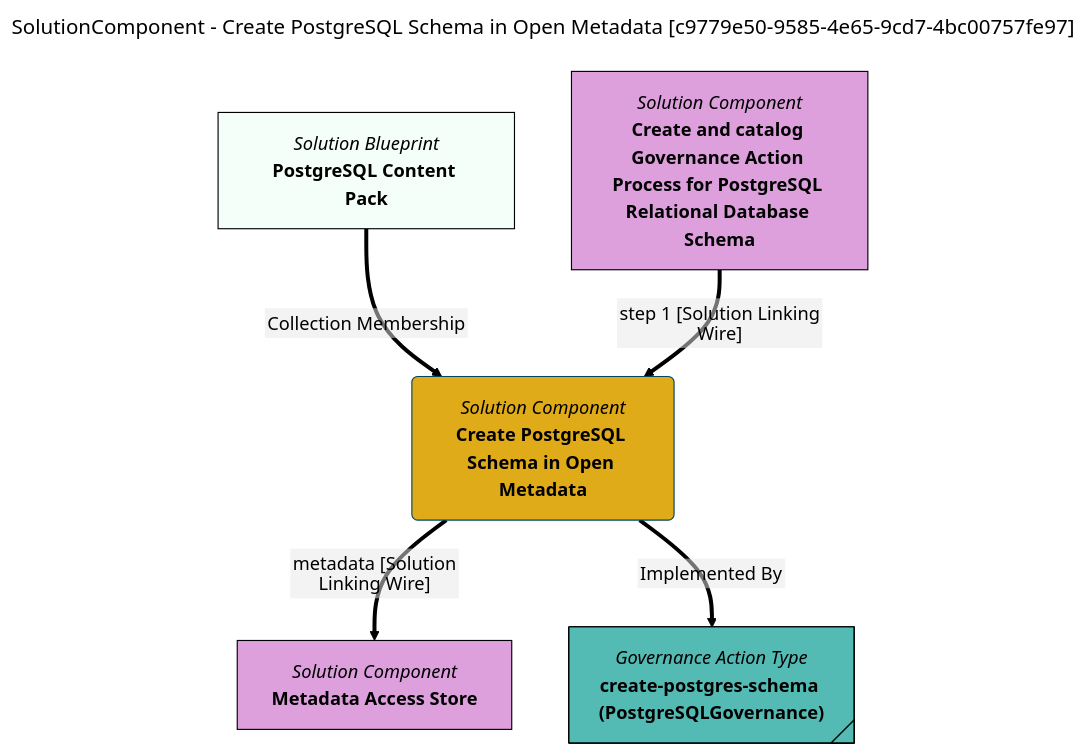
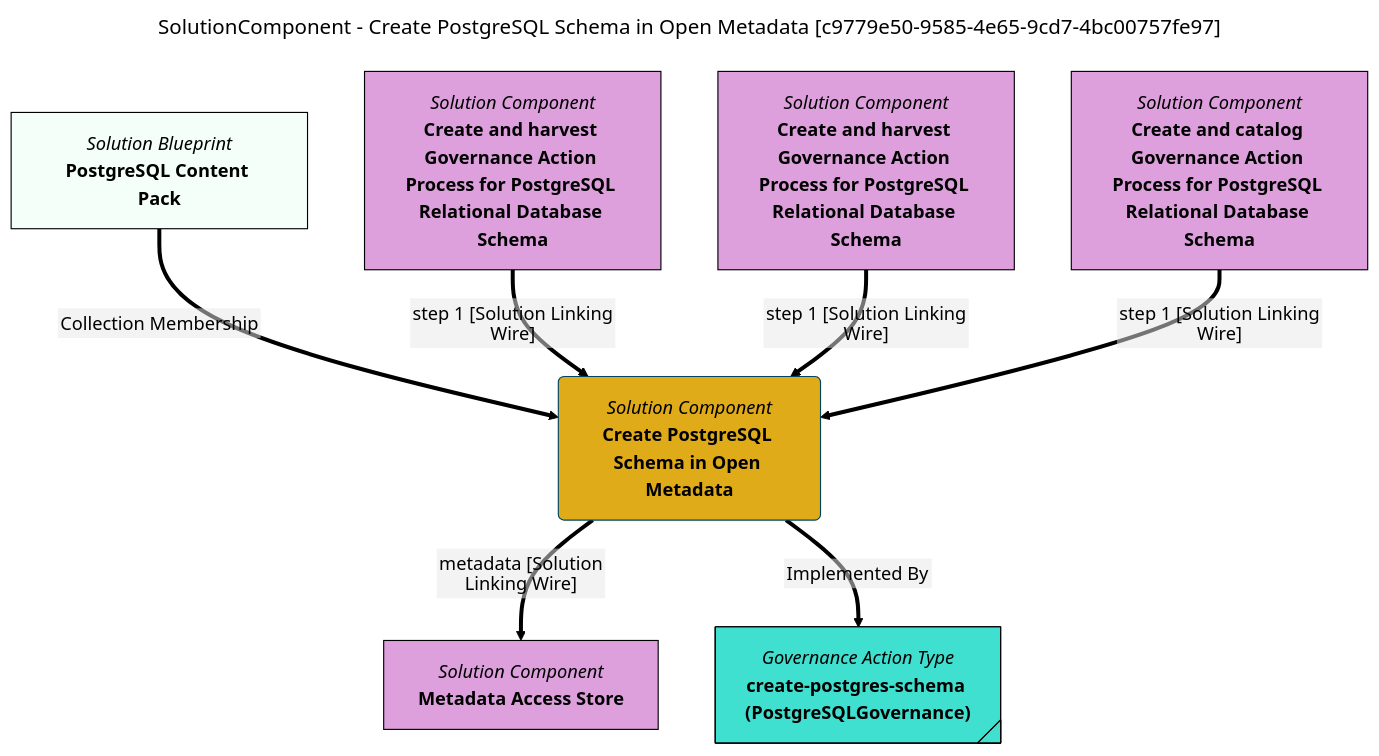
One commit to odpi/egeria-docs changed the diagram in site/snippets/blueprints/components/create-postgres-schema-mermaid-graph.md. Above: the diagram before and after it, drawn with Mermaid (forest theme). The commit also changed 2201 other files, not shown here.

````diff
--- a/site/snippets/blueprints/components/create-postgres-schema-mermaid-graph.md
+++ b/site/snippets/blueprints/components/create-postgres-schema-mermaid-graph.md
@@ -1,30 +1,38 @@
 ```mermaid
 ---
 title: SolutionComponent - Create PostgreSQL Schema in Open Metadata [c9779e50-9585-4e65-9cd7-4bc00757fe97]
 ---
 flowchart TD
 %%{init: {"flowchart": {"htmlLabels": false}} }%%
 
 1@{ shape: rounded, label: "*Solution Component*
 **Create PostgreSQL Schema in Open Metadata**"}
 2@{ shape: rect, label: "*Solution Blueprint*
 **PostgreSQL Content Pack**"}
 2==>|"Collection Membership"|1
 3@{ shape: rect, label: "*Solution Component*
+**Create and harvest Governance Action Process for PostgreSQL Relational Database Schema**"}
+3==>|"step 1 [Solution Linking Wire]"|1
+4@{ shape: rect, label: "*Solution Component*
 **Metadata Access Store**"}
-1==>|"metadata [Solution Linking Wire]"|3
-4@{ shape: rect, label: "*Solution Component*
+1==>|"metadata [Solution Linking Wire]"|4
+5@{ shape: rect, label: "*Solution Component*
+**Create and harvest Governance Action Process for PostgreSQL Relational Database Schema**"}
+5==>|"step 1 [Solution Linking Wire]"|1
+6@{ shape: rect, label: "*Solution Component*
 **Create and catalog Governance Action Process for PostgreSQL Relational Database Schema**"}
-4==>|"step 1 [Solution Linking Wire]"|1
-5@{ shape: tag-rect, label: "*Governance Action Type*
+6==>|"step 1 [Solution Linking Wire]"|1
+7@{ shape: tag-rect, label: "*Governance Action Type*
 **create-postgres-schema (PostgreSQLGovernance)**"}
-1==>|"Implemented By"|5
+1==>|"Implemented By"|7
 style 1 color:#000000, fill:#e0ab18, stroke:#004563
 style 2 color:#000000, fill:#f5fffa, stroke:#000000
-style 3 color:#000000, fill:#dda0dd, stroke:#000000
-style 4 color:#000000, fill:#dda0dd, stroke:#000000
-style 5 color:#000000, fill:#53bbb4, stroke:#000000
+style 3 color:#000000, fill:#DDA0DD, stroke:#000000
+style 4 color:#000000, fill:#DDA0DD, stroke:#000000
+style 5 color:#000000, fill:#DDA0DD, stroke:#000000
+style 6 color:#000000, fill:#DDA0DD, stroke:#000000
+style 7 color:#000000, fill:#40E0D0, stroke:#000000
 click 1 "https://egeria-project.org/concepts/governance-action-type/" "Click for more documentation" _blank
-click 3 "https://egeria-project.org/concepts/metadata-access-store/" "Click for more documentation" _blank
-click 4 "https://egeria-project.org/egeria-solutions/leveraging-postgres/overview/" "Click for more documentation" _blank
+click 4 "https://egeria-project.org/concepts/metadata-access-store/" "Click for more documentation" _blank
+click 6 "https://egeria-project.org/egeria-solutions/leveraging-postgres/overview/" "Click for more documentation" _blank
 ```
````
